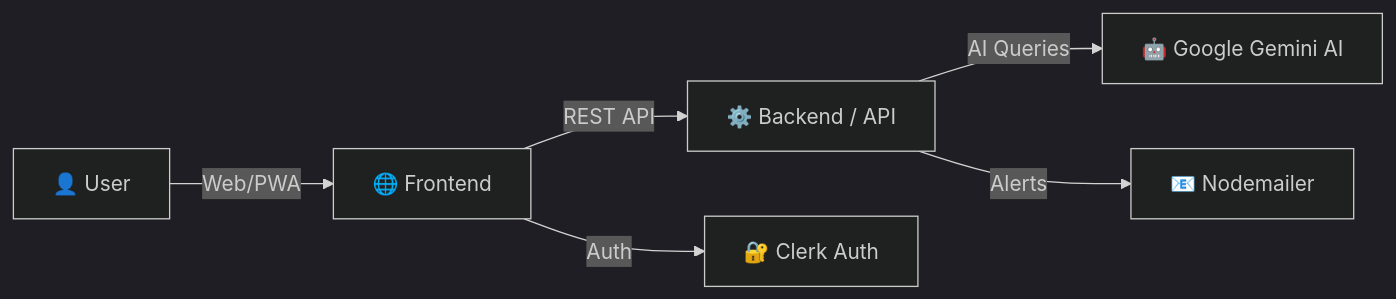
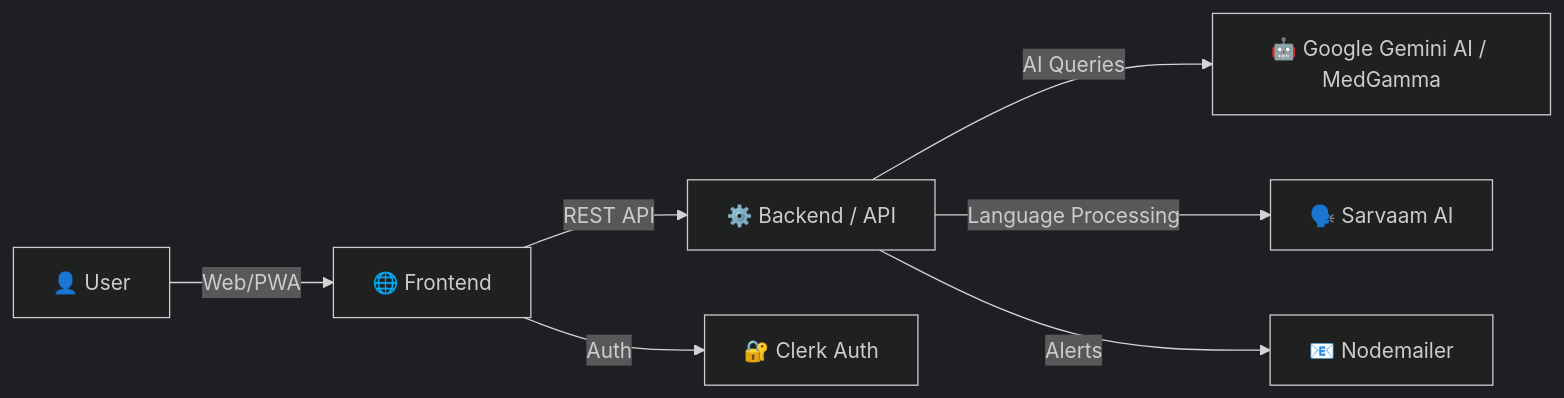
One commit to Dakshchandia/Maarakshak changed the first of 3 diagrams in README.md. Above: the diagram before and after it, drawn with Mermaid (dark theme). The commit also changed other lines of this file, not shown here.

Commit message:
docs: update AI references to include MedGamma and Sarvaam AI

````diff
--- a/README.md
+++ b/README.md
@@ -19,8 +19,9 @@
 ```mermaid
 flowchart LR
     A[👤 User] -->|Web/PWA| B[🌐 Frontend]
     B -->|REST API| C[⚙️ Backend / API]
-    C -->|AI Queries| D[🤖 Google Gemini AI]
+    C -->|AI Queries| D[🤖 Google Gemini AI / MedGamma]
+    C -->|Language Processing| E[🗣️ Sarvaam AI]
     B -->|Auth| F[🔐 Clerk Auth]
     C -->|Alerts| G[📧 Nodemailer]
 ```
````
